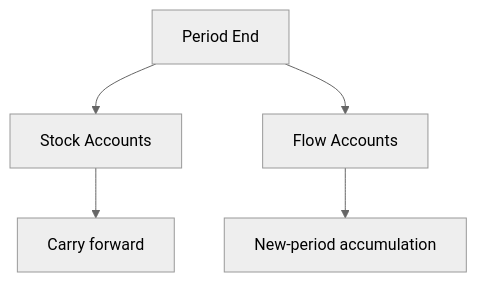
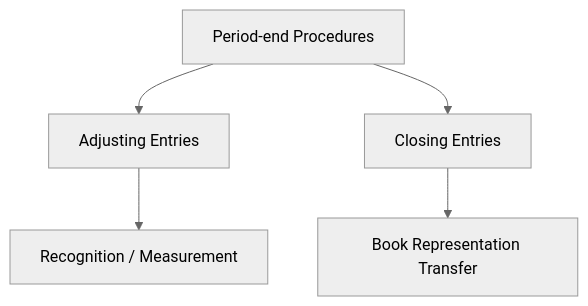
The seventh of 10 diagrams in theory/07-period-stock-flow.md (niikei/accounting-state-model), drawn with Mermaid (neutral theme) before and after one commit. The commit also changed other lines of this file and 2 other files, not shown here.

````diff
--- a/theory/07-period-stock-flow.md
+++ b/theory/07-period-stock-flow.md
@@ -102,11 +1051,13 @@
 ```mermaid
 flowchart TD
-    CLOSE["Period End"]
-    STOCK["Stock Accounts"]
-    FLOW["Flow Accounts"]
-    CARRY["Carry forward"]
-    RESET["New-period accumulation"]
+    END["Period-end Procedures"]
 
-    CLOSE --> STOCK --> CARRY
-    CLOSE --> FLOW --> RESET
+    ADJ["Adjusting Entries"]
+    CLOSE["Closing Entries"]
+
+    END --> ADJ
+    END --> CLOSE
+
+    ADJ --> SEM["Recognition / Measurement"]
+    CLOSE --> REP["Book Representation Transfer"]
 ```
````
